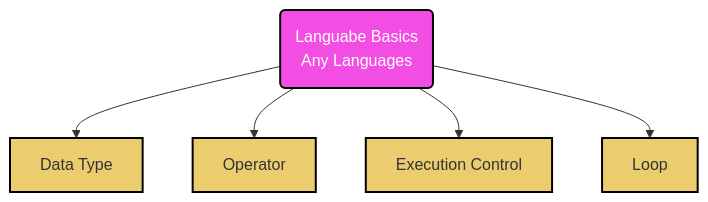
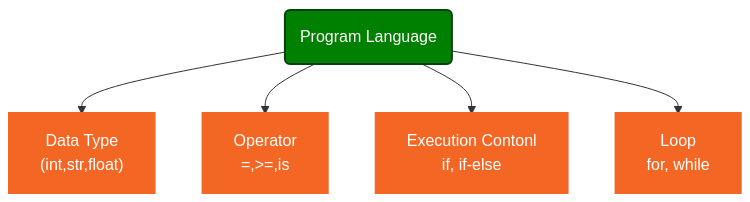
One commit to jwang1122/python changed the first of 37 diagrams in doc/python.md. Above: the diagram before and after it, drawn with Mermaid. The commit also changed other lines of this file and 15 other files, not shown here.

````diff
--- a/doc/python.md
+++ b/doc/python.md
@@ -312,17 +321,17 @@
 ```mermaid
 graph TB
 
-A(Languabe Basics<br>Any Languages)
-B[Data Type]
-C[Operator]
-D[Execution Control]
-E[Loop]
+PROG(Program Language)
+TYPE["Data Type<br>(int,str,float)"]
+OP[Operator<br>=,>=,is]
+EXEC[Execution Contonl<br>if, if-else]
+LOOP[Loop<br>for, while]
 
-A --> B & C & D & E
+PROG-->TYPE & OP & EXEC & LOOP
 
-classDef start fill:#F24EE3,stroke:black,stroke-width:2px,color:white;
-classDef if fill:#EBCD6F,stroke:black,stroke-width:2px;
+classDef start fill:green,stroke:#0c3f10,stroke-width:2px,color:white;
+classDef process fill:#F46624,stroke:#F46624,stroke-width:4px,color:white;
 
-class A start
-class B,C,D,E if
+class PROG start
+class TYPE,OP,EXEC,LOOP process
 ```
````
